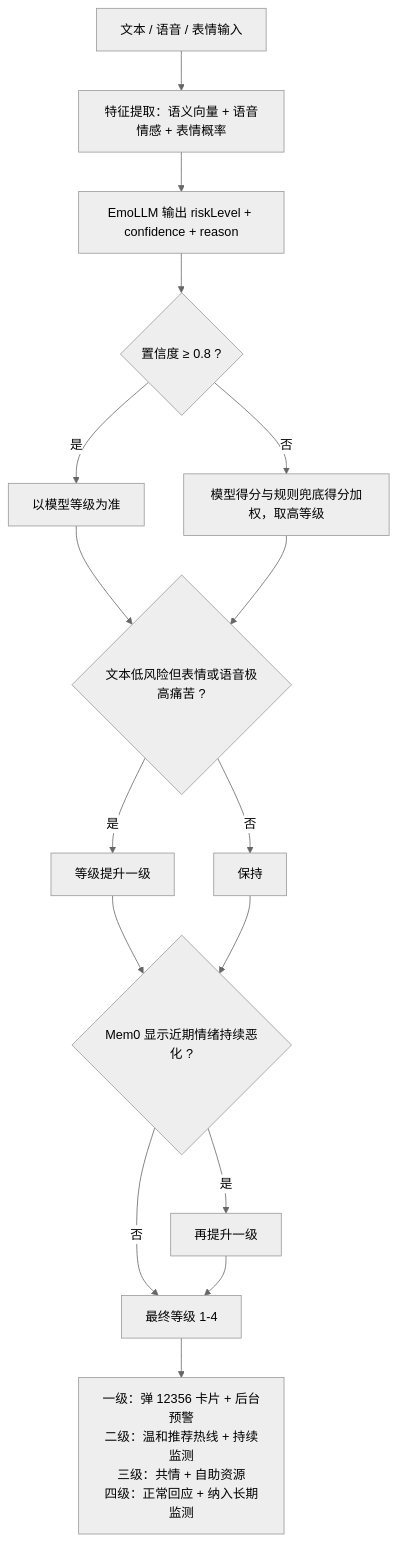
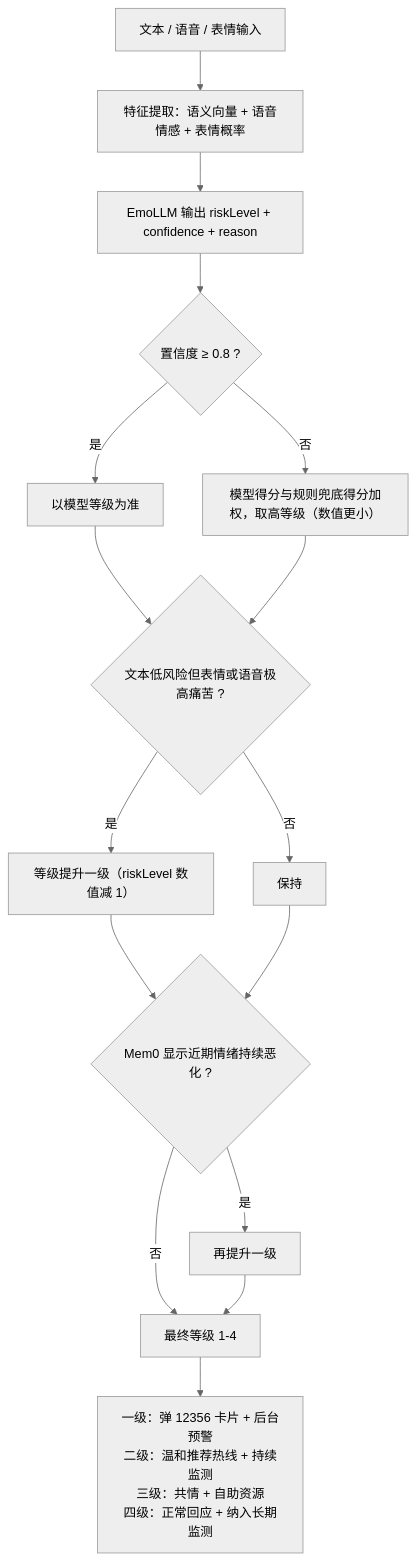
Before and after one commit to huyongbao/MoodHarbor: the third of 3 diagrams in DEVELOPMENT_PLAN.md, drawn with Mermaid (neutral theme). The commit also changed other lines of this file and 1 other file, not shown here.

````diff
--- a/DEVELOPMENT_PLAN.md
+++ b/DEVELOPMENT_PLAN.md
@@ -199,18 +200,18 @@
 ```mermaid
 flowchart TD
     A[文本 / 语音 / 表情输入] --> B[特征提取：语义向量 + 语音情感 + 表情概率]
     B --> C[EmoLLM 输出 riskLevel + confidence + reason]
     C --> D{置信度 ≥ 0.8 ?}
     D -->|是| E[以模型等级为准]
-    D -->|否| F[模型得分与规则兜底得分加权，取高等级]
+    D -->|否| F[模型得分与规则兜底得分加权，取高等级（数值更小）]
     E --> G{文本低风险但表情或语音极高痛苦 ?}
     F --> G
-    G -->|是| H[等级提升一级]
+    G -->|是| H[等级提升一级（riskLevel 数值减 1）]
     G -->|否| I[保持]
     H --> J{Mem0 显示近期情绪持续恶化 ?}
     I --> J
     J -->|是| K[再提升一级]
     J -->|否| L[最终等级 1-4]
     K --> L
     L --> M[一级：弹 12356 卡片 + 后台预警<br/>二级：温和推荐热线 + 持续监测<br/>三级：共情 + 自助资源<br/>四级：正常回应 + 纳入长期监测]
 ```
````
